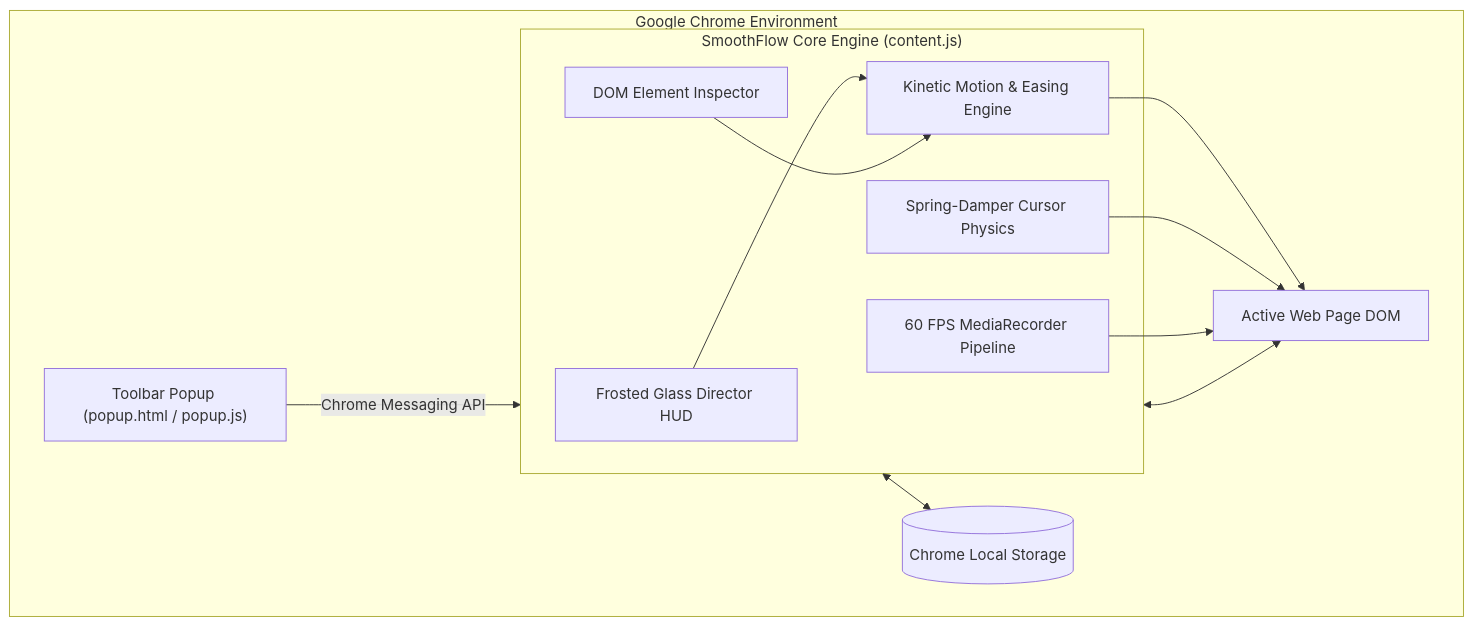
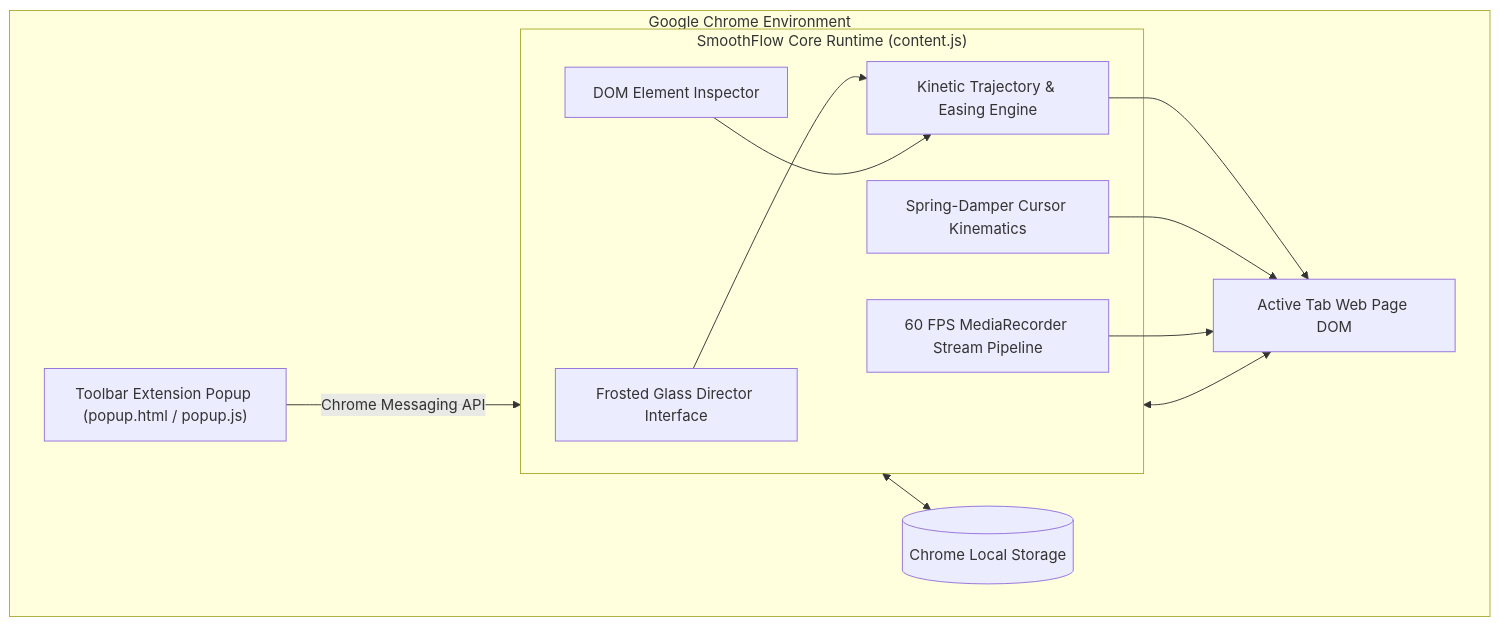
One commit to earondemands-sys/smoothflow changed the second of 2 diagrams in README.md. Above: the diagram before and after it, drawn with Mermaid. The commit also changed other lines of this file, not shown here.

````diff
--- a/README.md
+++ b/README.md
@@ -120,26 +120,26 @@
 ```mermaid
 graph TD
     subgraph Browser["Google Chrome Environment"]
-        Popup["Toolbar Popup (popup.html / popup.js)"]
-        ActiveTab["Active Web Page DOM"]
+        Popup["Toolbar Extension Popup (popup.html / popup.js)"]
+        ActiveTab["Active Tab Web Page DOM"]
         
-        subgraph Engine["SmoothFlow Core Engine (content.js)"]
-            HUD["Frosted Glass Director HUD"]
+        subgraph Engine["SmoothFlow Core Runtime (content.js)"]
+            HUD["Frosted Glass Director Interface"]
             Picker["DOM Element Inspector"]
-            Motion["Kinetic Motion & Easing Engine"]
-            Cursor["Spring-Damper Cursor Physics"]
-            Recorder["60 FPS MediaRecorder Pipeline"]
+            Motion["Kinetic Trajectory & Easing Engine"]
+            Cursor["Spring-Damper Cursor Kinematics"]
+            Recorder["60 FPS MediaRecorder Stream Pipeline"]
         end
         
         Storage[("Chrome Local Storage")]
     end
 
     Popup -->|Chrome Messaging API| Engine
     ActiveTab <--> Engine
     HUD --> Motion
     Picker --> Motion
     Motion --> ActiveTab
     Cursor --> ActiveTab
     Recorder --> ActiveTab
     Engine <--> Storage
 ```
````
